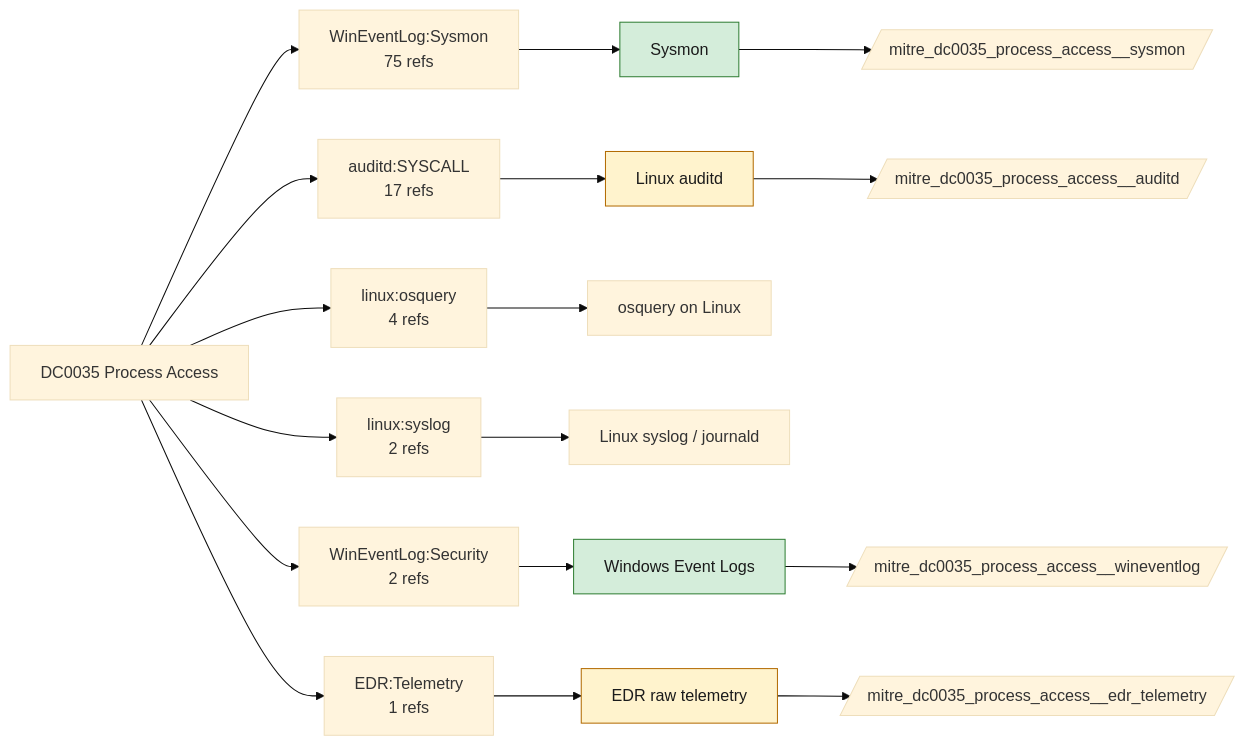
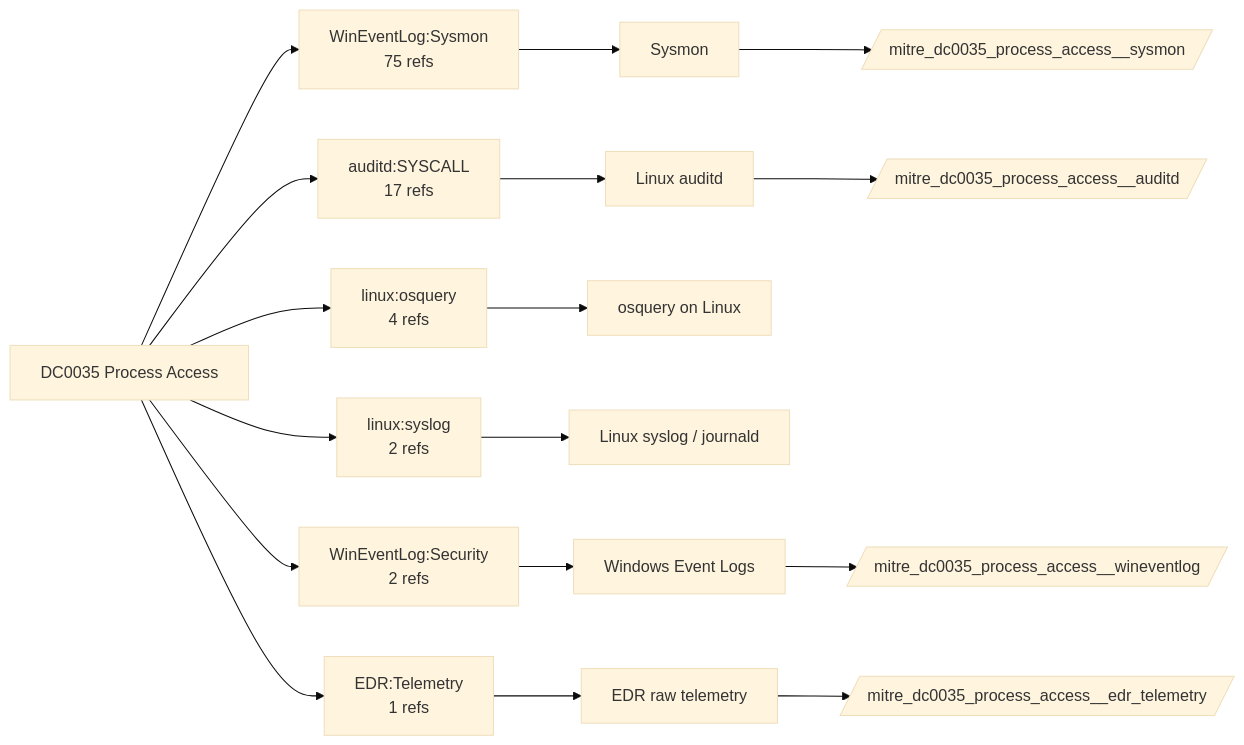
One commit to dev-nobytes-io/mitre-defensive-mappings-spl changed the diagram in docs/data-components/DC0035-process-access.md. Above: the diagram before and after it, drawn with Mermaid (base theme). The commit also changed other lines of this file and 366 other files, not shown here.

````diff
--- a/docs/data-components/DC0035-process-access.md
+++ b/docs/data-components/DC0035-process-access.md
@@ -19,32 +19,26 @@
 ```mermaid
 flowchart LR
   DC["DC0035 Process Access"]
   DC --> LS0["WinEventLog:Sysmon<br/>75 refs"]
   F_sysmon["Sysmon"]
   LS0 --> F_sysmon
   DC --> LS1["auditd:SYSCALL<br/>17 refs"]
   F_auditd["Linux auditd"]
   LS1 --> F_auditd
   DC --> LS2["linux:osquery<br/>4 refs"]
   F_linux_osquery["osquery on Linux"]
   LS2 --> F_linux_osquery
   DC --> LS3["linux:syslog<br/>2 refs"]
   F_linux_syslog["Linux syslog / journald"]
   LS3 --> F_linux_syslog
   DC --> LS4["WinEventLog:Security<br/>2 refs"]
   F_wineventlog["Windows Event Logs"]
   LS4 --> F_wineventlog
   DC --> LS5["EDR:Telemetry<br/>1 refs"]
   F_edr_telemetry["EDR raw telemetry"]
   LS5 --> F_edr_telemetry
+  F_auditd --> ET_auditd[/"mitre_dc0035_process_access__auditd"/]
+  F_edr_telemetry --> ET_edr_telemetry[/"mitre_dc0035_process_access__edr_telemetry"/]
   F_sysmon --> ET_sysmon[/"mitre_dc0035_process_access__sysmon"/]
-  class F_sysmon live
   F_wineventlog --> ET_wineventlog[/"mitre_dc0035_process_access__wineventlog"/]
-  class F_wineventlog live
-  F_auditd --> ET_auditd[/"mitre_dc0035_process_access__auditd"/]
-  class F_auditd ready
-  F_edr_telemetry --> ET_edr_telemetry[/"mitre_dc0035_process_access__edr_telemetry"/]
-  class F_edr_telemetry ready
-  classDef live fill:#d4edda,stroke:#2e7d32,color:#1b1b1b
-  classDef ready fill:#fff3cd,stroke:#b26a00,color:#1b1b1b
 ```
````
